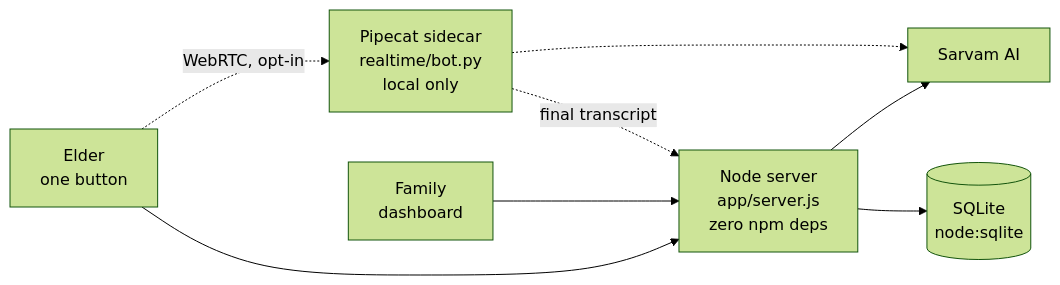
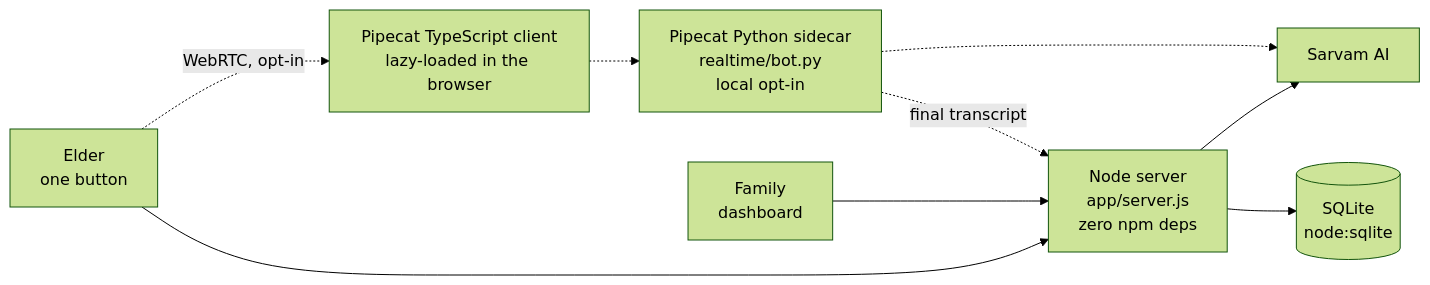
The diagram in README.md (tejaskh3/sarvam-buildathon), drawn with Mermaid (forest theme) before and after one commit. The commit also changed other lines of this file and 5 other files, not shown here.

````diff
--- a/README.md
+++ b/README.md
@@ -15,11 +15,12 @@
 ```mermaid
 flowchart LR
   Elder["Elder<br/>one button"] --> Node
   Family["Family<br/>dashboard"] --> Node
   Node["Node server<br/>app/server.js<br/>zero npm deps"] --> Sarvam
   Node --> DB[("SQLite<br/>node:sqlite")]
-  RT["Pipecat sidecar<br/>realtime/bot.py<br/>local only"] -.->|"final transcript"| Node
-  Elder -.->|"WebRTC, opt-in"| RT
+  Client["Pipecat TypeScript client<br/>lazy-loaded in the browser"] -.-> RT
+  RT["Pipecat Python sidecar<br/>realtime/bot.py<br/>local opt-in"] -.->|"final transcript"| Node
+  Elder -.->|"WebRTC, opt-in"| Client
   RT -.-> Sarvam
   Sarvam["Sarvam AI"]
 ```
````
